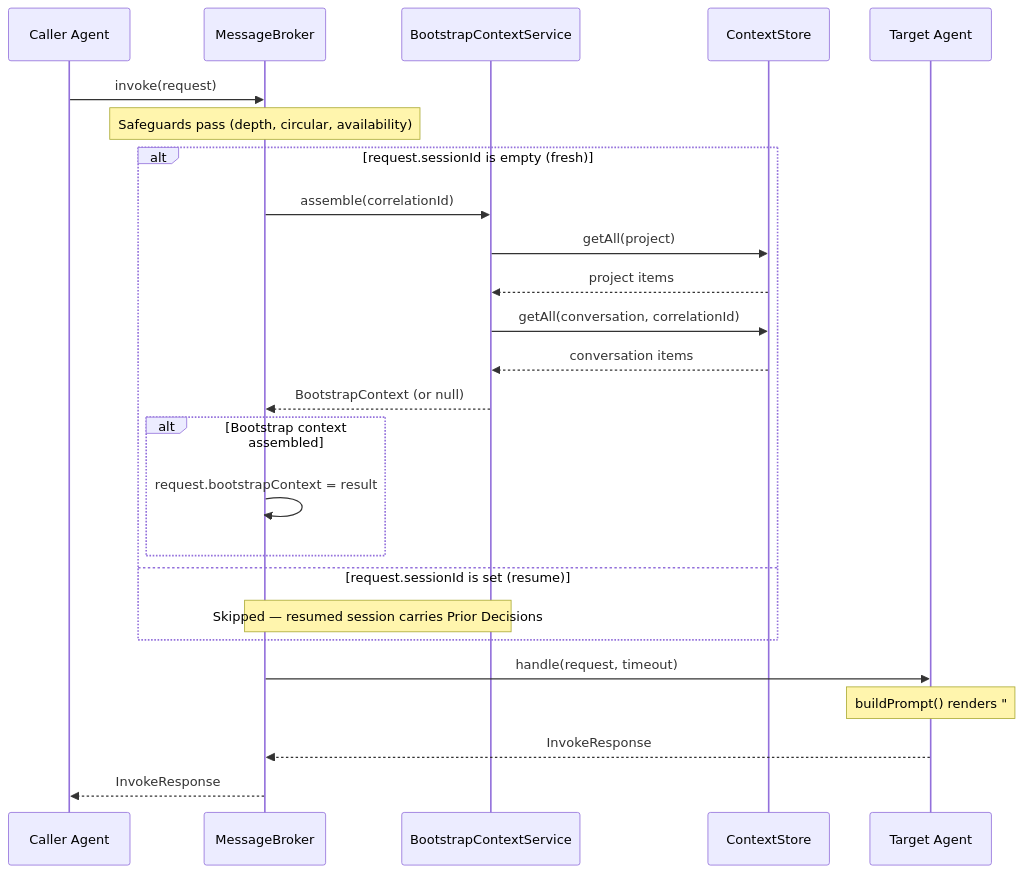
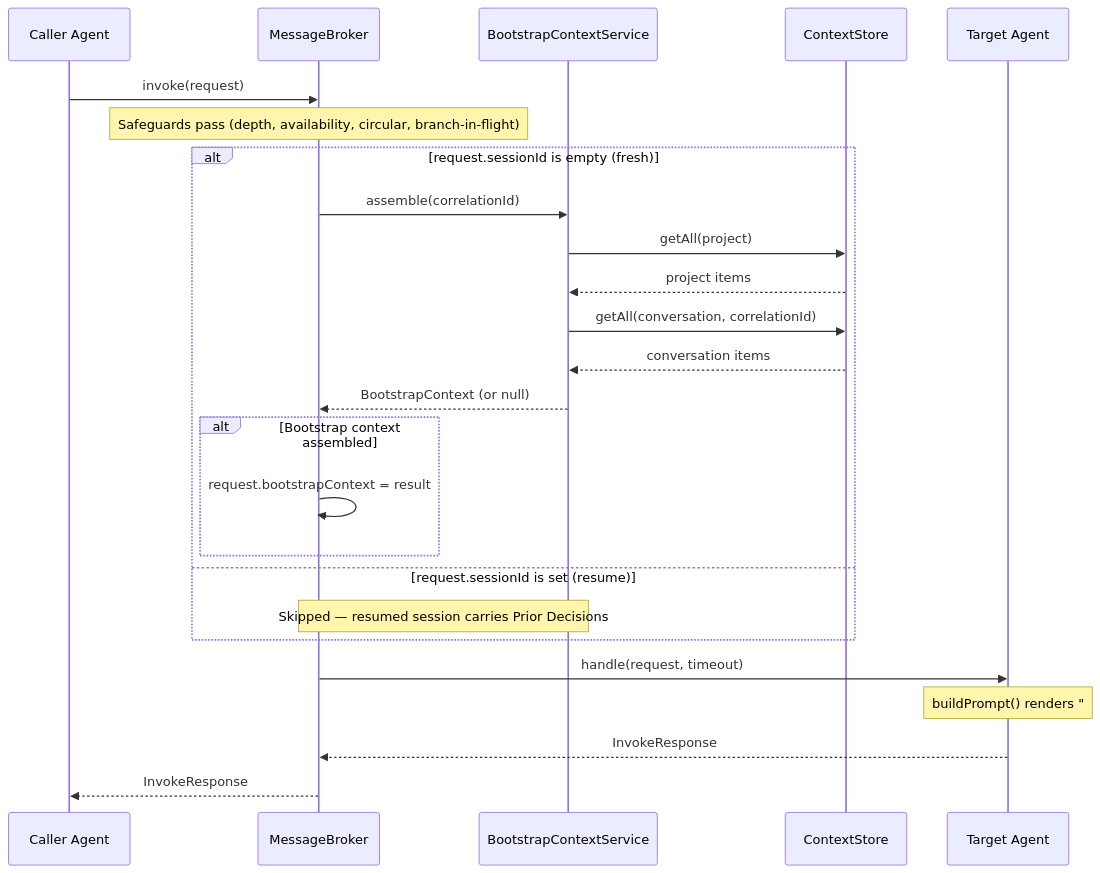
Before and after one commit to ia64mail/quorum: the third of 3 diagrams in docs/message-broker.md, drawn with Mermaid. The commit also changed other lines of this file, not shown here.

First line of the commit message:
docs(message-broker): document branch-in-flight guard + branch/sessionId fields

````diff
--- a/docs/message-broker.md
+++ b/docs/message-broker.md
@@ -295,31 +324,31 @@
 ```mermaid
 sequenceDiagram
     participant C as Caller Agent
     participant B as MessageBroker
     participant BCS as BootstrapContextService
     participant CS as ContextStore
     participant A as Target Agent
 
     C->>B: invoke(request)
-    Note over B: Safeguards pass (depth, circular, availability)
+    Note over B: Safeguards pass (depth, availability, circular, branch-in-flight)
 
     alt request.sessionId is empty (fresh)
         B->>BCS: assemble(correlationId)
         BCS->>CS: getAll(project)
         CS-->>BCS: project items
         BCS->>CS: getAll(conversation, correlationId)
         CS-->>BCS: conversation items
         BCS-->>B: BootstrapContext (or null)
 
         alt Bootstrap context assembled
             B->>B: request.bootstrapContext = result
         end
     else request.sessionId is set (resume)
         Note over B,BCS: Skipped — resumed session carries Prior Decisions
     end
 
     B->>A: handle(request, timeout)
     Note over A: buildPrompt() renders "## Prior Decisions" section
     A-->>B: InvokeResponse
     B-->>C: InvokeResponse
 ```
````
